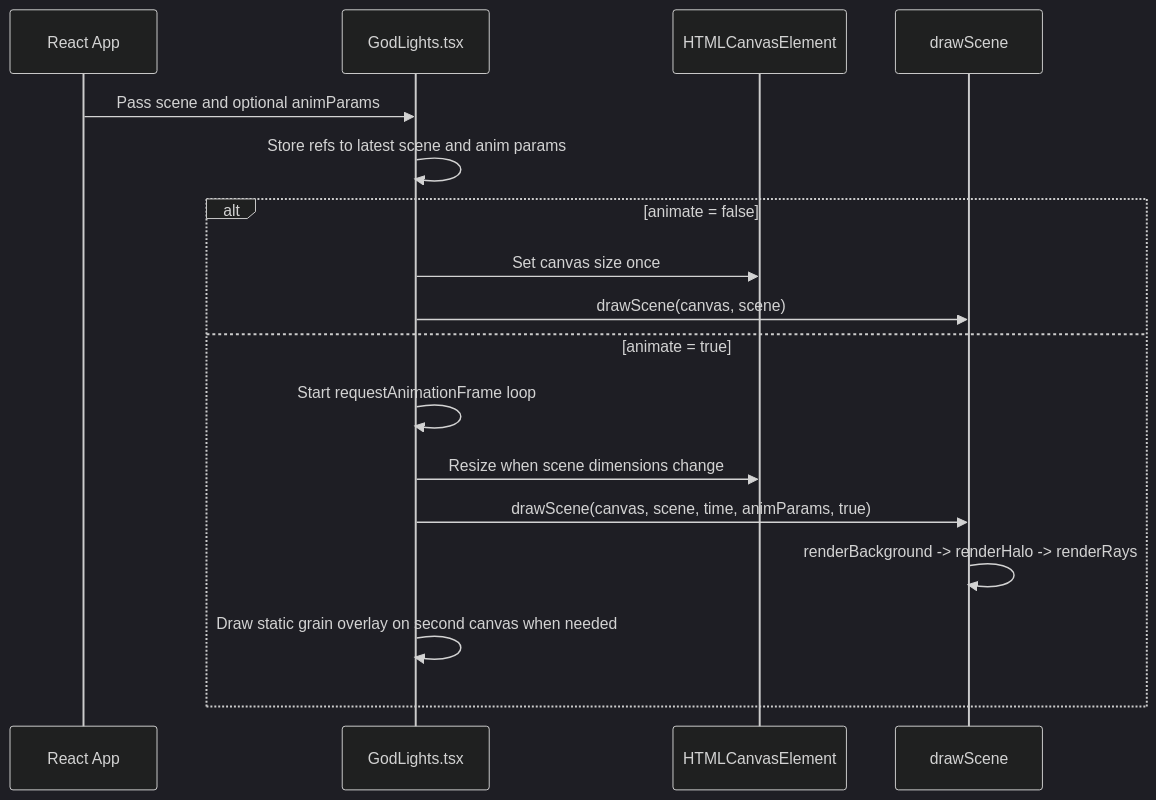
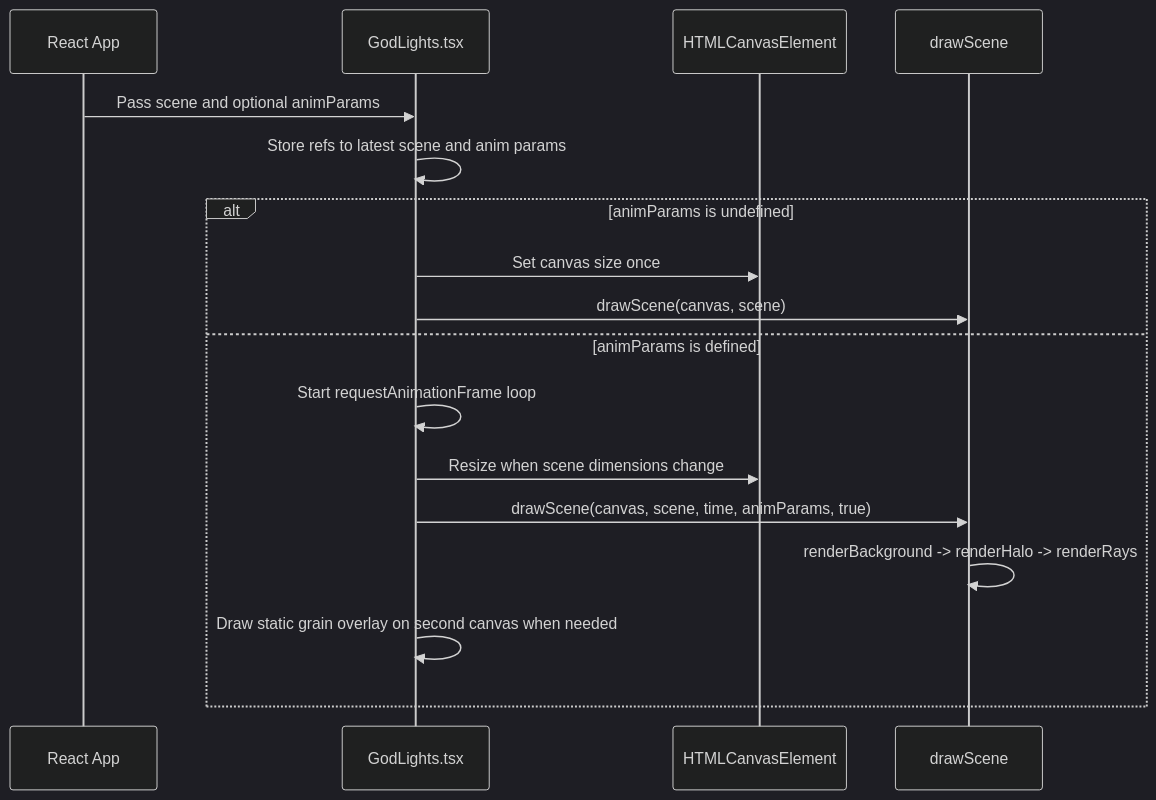
The second of 2 diagrams in docs/codedocs/architecture.md (gustavoquinalha/godlights), drawn with Mermaid (dark theme) before and after one commit. The commit also changed 3 other files, not shown here.

````diff
--- a/docs/codedocs/architecture.md
+++ b/docs/codedocs/architecture.md
@@ -45,20 +45,20 @@
 ```mermaid
 sequenceDiagram
   participant App as React App
   participant GL as GodLights.tsx
   participant Canvas as HTMLCanvasElement
   participant Engine as drawScene
 
   App->>GL: Pass scene and optional animParams
   GL->>GL: Store refs to latest scene and anim params
-  alt animate = false
+  alt animParams is undefined
     GL->>Canvas: Set canvas size once
     GL->>Engine: drawScene(canvas, scene)
-  else animate = true
+  else animParams is defined
     GL->>GL: Start requestAnimationFrame loop
     GL->>Canvas: Resize when scene dimensions change
     GL->>Engine: drawScene(canvas, scene, time, animParams, true)
     Engine->>Engine: renderBackground -> renderHalo -> renderRays
     GL->>GL: Draw static grain overlay on second canvas when needed
   end
 ```
````
